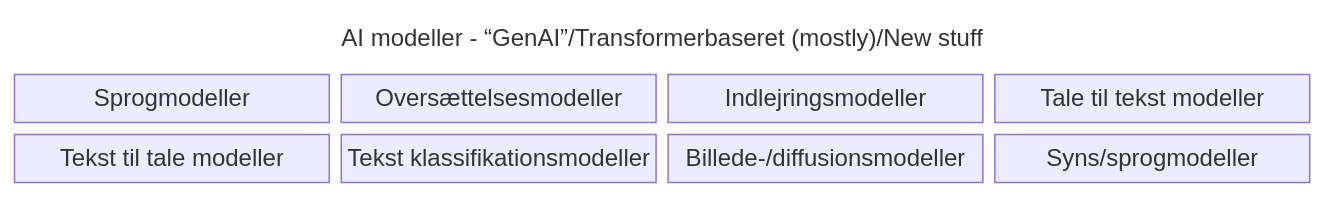
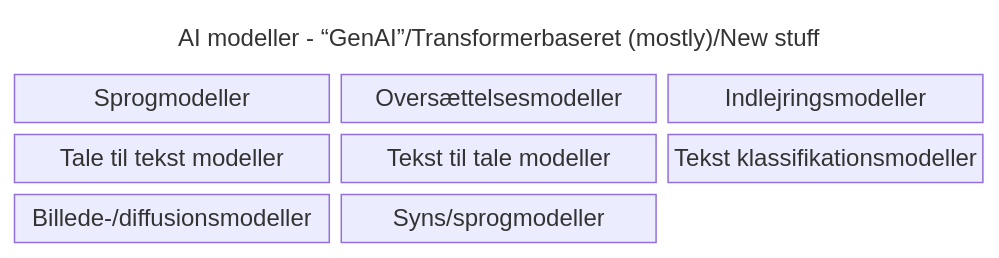
Before and after one commit to OS2sandbox/public-genai-governance: the first of 2 diagrams in docs/minimumskrav/baggrund_objekt_for_os2AI.md, drawn with Mermaid.

Commit message:
impr readability of diagram

````diff
--- a/docs/minimumskrav/baggrund_objekt_for_os2AI.md
+++ b/docs/minimumskrav/baggrund_objekt_for_os2AI.md
@@ -54,22 +54,22 @@
 ```mermaid
 ---
 config:
   theme: default
 ---
 block
-  columns 4
+  columns 3
   
   classDef title fill:none, stroke-width:0px
   
-  dia_title["AI modeller - “GenAI”/Transformerbaseret (mostly)/New stuff"]:4
+  dia_title["AI modeller - “GenAI”/Transformerbaseret (mostly)/New stuff"]:3
   class dia_title title
   
   llm["Sprogmodeller"]
   trans["Oversættelsesmodeller"]
   embed["Indlejringsmodeller"]
   stt["Tale til tekst modeller"]
   tts["Tekst til tale modeller"]
   clas["Tekst klassifikationsmodeller"]
   img["Billede-/diffusionsmodeller"]
   vlm["Syns/sprogmodeller"]
 ```
````
